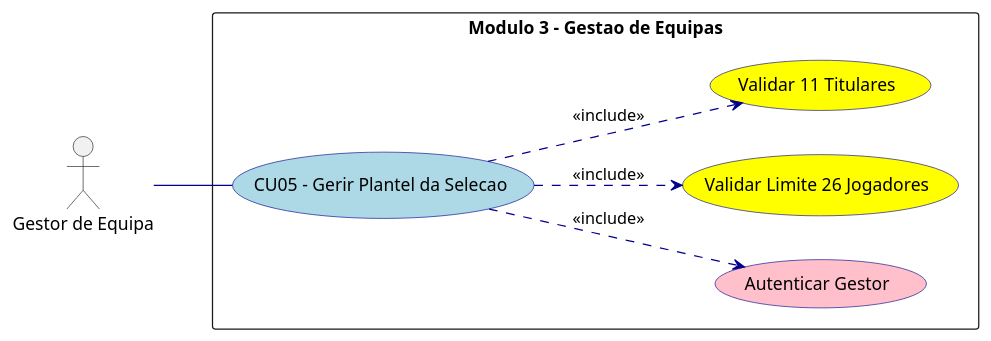
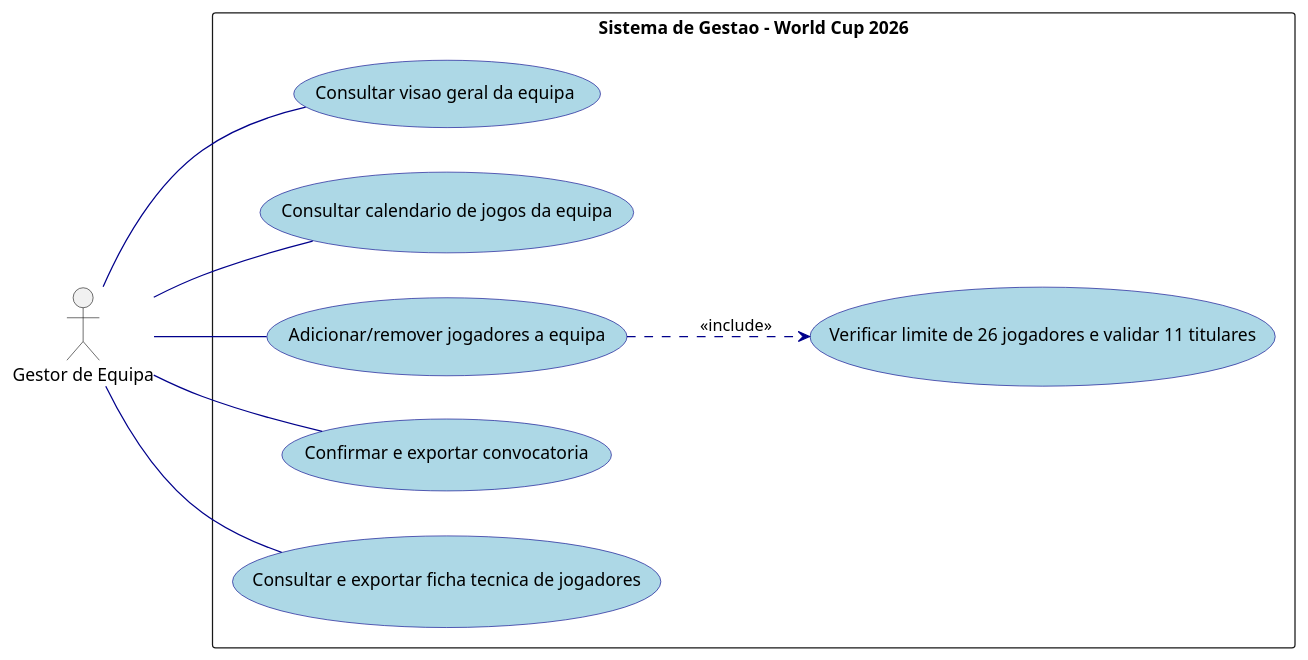
The eighth of 10 diagrams in DIAGRAMA_CASOS_USO.md (experimentos373-creator/ES), drawn with PlantUML before and after one commit. The commit also changed other lines of this file and 1 other file, not shown here.

Commit message:
docs(iconix): atualizar diagramas de casos de uso para fidelidade 100% com imagens oficiais

````diff
--- a/DIAGRAMA_CASOS_USO.md
+++ b/DIAGRAMA_CASOS_USO.md
@@ -164,26 +224,29 @@
 ```plantuml
 @startuml
 left to right direction
 skinparam packageStyle rectangle
 skinparam usecase {
   BackgroundColor LightBlue
   BorderColor DarkBlue
   ArrowColor DarkBlue
 }
 
 actor "Gestor de Equipa" as GEqui
 
-rectangle "Modulo 3 - Gestao de Equipas" {
-  usecase "Autenticar Gestor" as Login #Pink
-  usecase "CU05 - Gerir Plantel da Selecao" as CU05
-  usecase "Validar Limite 26 Jogadores" as CU05_sub1 #Yellow
-  usecase "Validar 11 Titulares" as CU05_sub2 #Yellow
+rectangle "Sistema de Gestao - World Cup 2026" {
+  usecase "Consultar visao geral da equipa" as CU1
+  usecase "Consultar calendario de jogos da equipa" as CU2
+  usecase "Adicionar/remover jogadores a equipa" as CU3
+  usecase "Verificar limite de 26 jogadores e validar 11 titulares" as CU3_sub
+  usecase "Confirmar e exportar convocatoria" as CU4
+  usecase "Consultar e exportar ficha tecnica de jogadores" as CU5
 }
 
-GEqui -- CU05
-
-CU05 ..> Login : <<include>>
-CU05 ..> CU05_sub1 : <<include>>
-CU05 ..> CU05_sub2 : <<include>>
+GEqui -- CU1
+GEqui -- CU2
+GEqui -- CU3
+GEqui -- CU4
+GEqui -- CU5
+CU3 ..> CU3_sub : <<include>>
 @enduml
 ```
````
